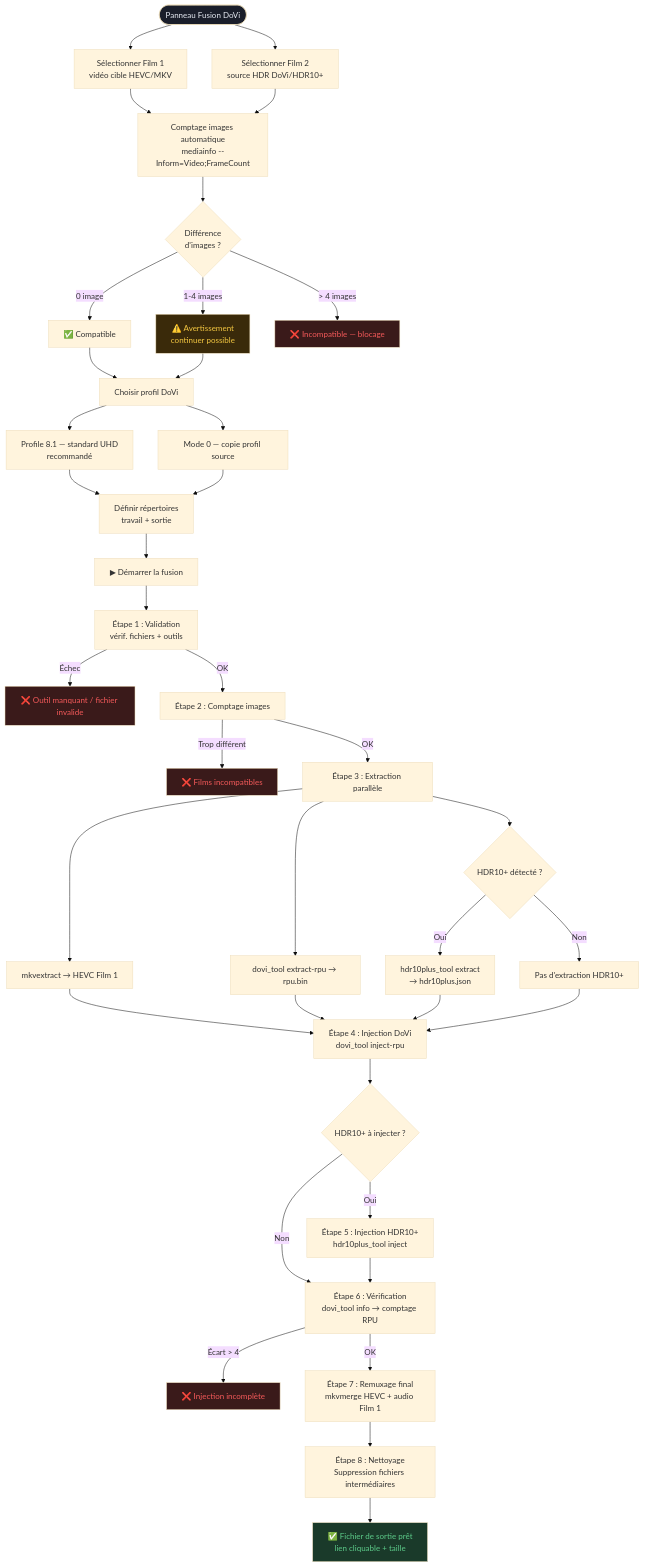
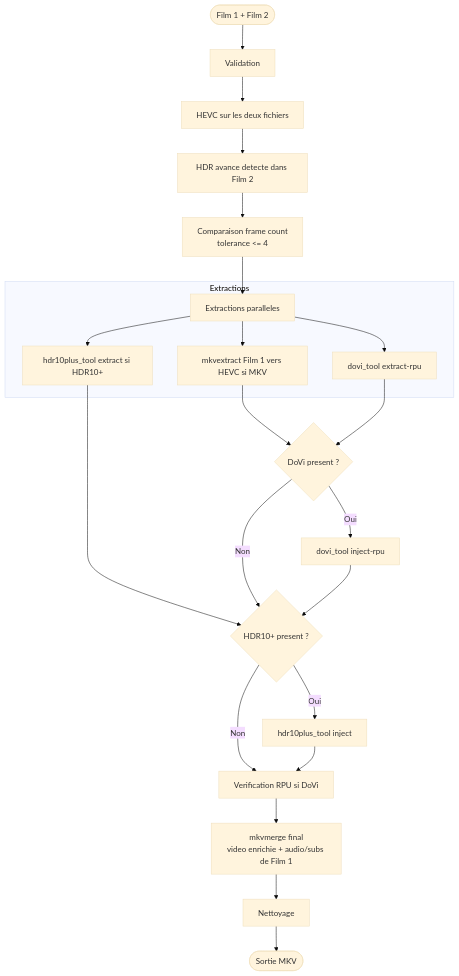
Before and after one commit to Hydro74000/muxiveo: the second of 3 diagrams in README.md, drawn with Mermaid (base theme). The commit also changed other lines of this file and 1 other file, not shown here.

````diff
--- a/README.md
+++ b/README.md
@@ -723,50 +204,30 @@
 ```mermaid
 flowchart TD
-    A([Panneau Fusion DoVi]) --> B1[Sélectionner Film 1\nvidéo cible HEVC/MKV]
-    A --> B2[Sélectionner Film 2\nsource HDR DoVi/HDR10+]
+    A([Film 1 + Film 2]) --> B[Validation]
+    B --> C[HEVC sur les deux fichiers]
+    C --> D[HDR avance detecte dans Film 2]
+    D --> E[Comparaison frame count\ntolerance <= 4]
+    E --> F[Extractions paralleles]
 
-    B1 & B2 --> C[Comptage images automatique\nmediainfo --Inform=Video;FrameCount]
+    subgraph EXTRACT[Extractions]
+        F --> F1[mkvextract Film 1 vers HEVC si MKV]
+        F --> F2[dovi_tool extract-rpu]
+        F --> F3[hdr10plus_tool extract si HDR10+]
+    end
 
-    C --> D{Différence\nd'images ?}
-    D -->|0 image| E[✅ Compatible]
-    D -->|1-4 images| F[⚠️ Avertissement\ncontinuer possible]
-    D -->|> 4 images| G[❌ Incompatible — blocage]
+    F1 --> G{DoVi present ?}
+    F2 --> G
+    F3 --> H{HDR10+ present ?}
 
-    E & F --> H[Choisir profil DoVi]
-    H --> H1[Profile 8.1 — standard UHD\nrecommandé]
-    H --> H2[Mode 0 — copie profil source]
+    G -->|Oui| G1[dovi_tool inject-rpu]
+    G -->|Non| H
+    G1 --> H
 
-    H1 & H2 --> I[Définir répertoires\ntravail + sortie]
-    I --> J[▶ Démarrer la fusion]
+    H -->|Oui| H1[hdr10plus_tool inject]
+    H -->|Non| I
+    H1 --> I
 
-    J --> S1[Étape 1 : Validation\nvérif. fichiers + outils]
-    S1 -->|Échec| ERR1[❌ Outil manquant / fichier invalide]
-    S1 -->|OK| S2[Étape 2 : Comptage images]
-    S2 -->|Trop différent| ERR2[❌ Films incompatibles]
-    S2 -->|OK| S3[Étape 3 : Extraction parallèle]
-
-    S3 --> EX1[mkvextract → HEVC Film 1]
-    S3 --> EX2[dovi_tool extract-rpu → rpu.bin]
-    S3 --> EX3{HDR10+ détecté ?}
-    EX3 -->|Oui| EX4[hdr10plus_tool extract\n→ hdr10plus.json]
-    EX3 -->|Non| EX5[Pas d'extraction HDR10+]
-
-    EX1 & EX2 & EX4 & EX5 --> S4[Étape 4 : Injection DoVi\ndovi_tool inject-rpu]
-    S4 --> S5{HDR10+ à injecter ?}
-    S5 -->|Oui| S5A[Étape 5 : Injection HDR10+\nhdr10plus_tool inject]
-    S5 -->|Non| S6
-
-    S5A --> S6[Étape 6 : Vérification\ndovi_tool info → comptage RPU]
-    S6 -->|Écart > 4| ERR3[❌ Injection incomplète]
-    S6 -->|OK| S7[Étape 7 : Remuxage final\nmkvmerge HEVC + audio Film 1]
-    S7 --> S8[Étape 8 : Nettoyage\nSuppression fichiers intermédiaires]
-    S8 --> OK1[✅ Fichier de sortie prêt\nlien cliquable + taille]
-
-    style A fill:#1a1e2a,color:#e8ecf4
-    style OK1 fill:#1a3a2a,color:#5dcc8a
-    style ERR1 fill:#3a1a1a,color:#f55a5a
-    style ERR2 fill:#3a1a1a,color:#f55a5a
-    style ERR3 fill:#3a1a1a,color:#f55a5a
-    style G fill:#3a1a1a,color:#f55a5a
-    style F fill:#3a2a0a,color:#f5c842
+    I[Verification RPU si DoVi] --> J[mkvmerge final\nvideo enrichie + audio/subs de Film 1]
+    J --> K[Nettoyage]
+    K --> L([Sortie MKV])
 ```
````
